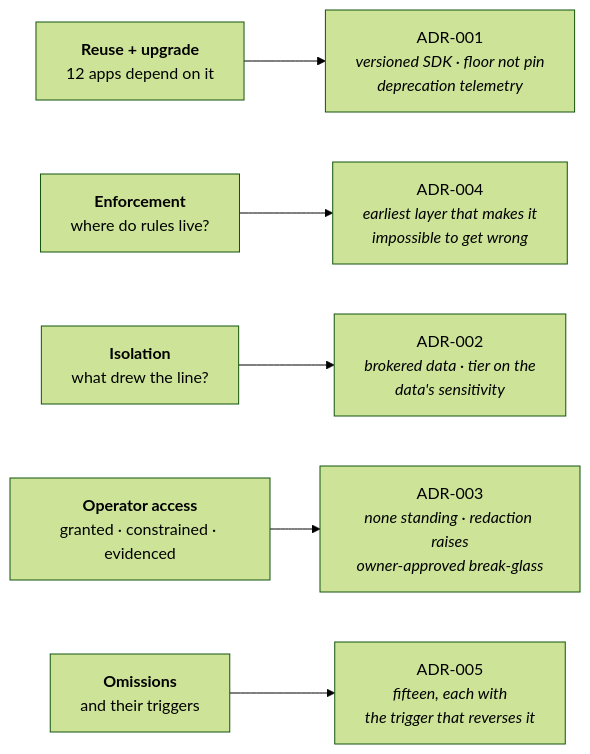
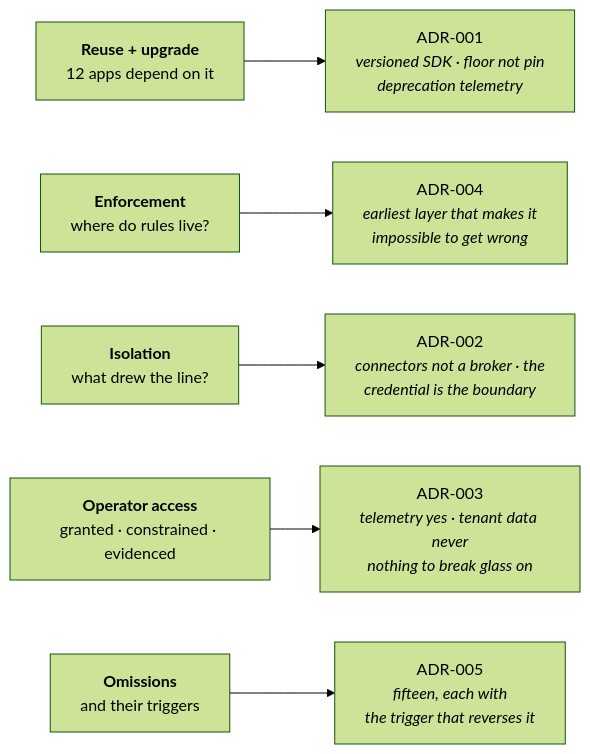
One commit to KRISHNABR/insights-platform changed the second of 2 diagrams in docs/BRIEF-COVERAGE.md. Above: the diagram before and after it, drawn with Mermaid (forest theme). The commit also changed other lines of this file and 8 other files, not shown here.

````diff
--- a/docs/BRIEF-COVERAGE.md
+++ b/docs/BRIEF-COVERAGE.md
@@ -178,8 +186,8 @@
 ```mermaid
 flowchart LR
   Q1["<b>Reuse + upgrade</b><br/>12 apps depend on it"] --> A1["ADR-001<br/><i>versioned SDK · floor not pin<br/>deprecation telemetry</i>"]
   Q2["<b>Enforcement</b><br/>where do rules live?"] --> A4["ADR-004<br/><i>earliest layer that makes it<br/>impossible to get wrong</i>"]
-  Q3["<b>Isolation</b><br/>what drew the line?"] --> A2["ADR-002<br/><i>brokered data · tier on the<br/>data's sensitivity</i>"]
-  Q4["<b>Operator access</b><br/>granted · constrained · evidenced"] --> A3["ADR-003<br/><i>none standing · redaction raises<br/>owner-approved break-glass</i>"]
+  Q3["<b>Isolation</b><br/>what drew the line?"] --> A2["ADR-002<br/><i>connectors not a broker · the<br/>credential is the boundary</i>"]
+  Q4["<b>Operator access</b><br/>granted · constrained · evidenced"] --> A3["ADR-003<br/><i>telemetry yes · tenant data never<br/>nothing to break glass on</i>"]
   Q5["<b>Omissions</b><br/>and their triggers"] --> A5["ADR-005<br/><i>fifteen, each with<br/>the trigger that reverses it</i>"]
 ```
````
